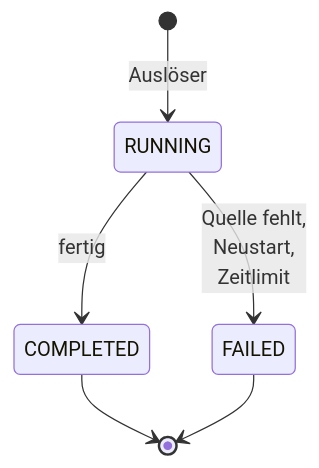
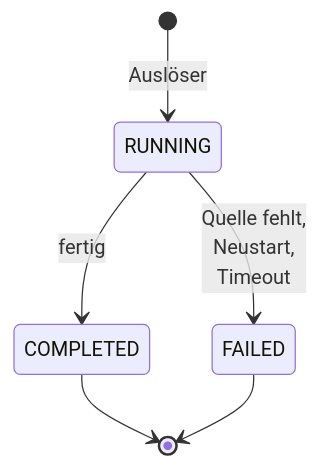
The third of 6 diagrams in docs/handbuch/wissensbibliotheken.md (criew/opaa), drawn with Mermaid before and after one commit. The commit also changed 40 other files, not shown here.

````diff
--- a/docs/handbuch/wissensbibliotheken.md
+++ b/docs/handbuch/wissensbibliotheken.md
@@ -185,8 +185,8 @@
 ```mermaid
 stateDiagram-v2
     [*] --> RUNNING: Auslöser
     RUNNING --> COMPLETED: fertig
-    RUNNING --> FAILED: Quelle fehlt,<br/>Neustart,<br/>Zeitlimit
+    RUNNING --> FAILED: Quelle fehlt,<br/>Neustart,<br/>Timeout
     COMPLETED --> [*]
     FAILED --> [*]
 ```
````
